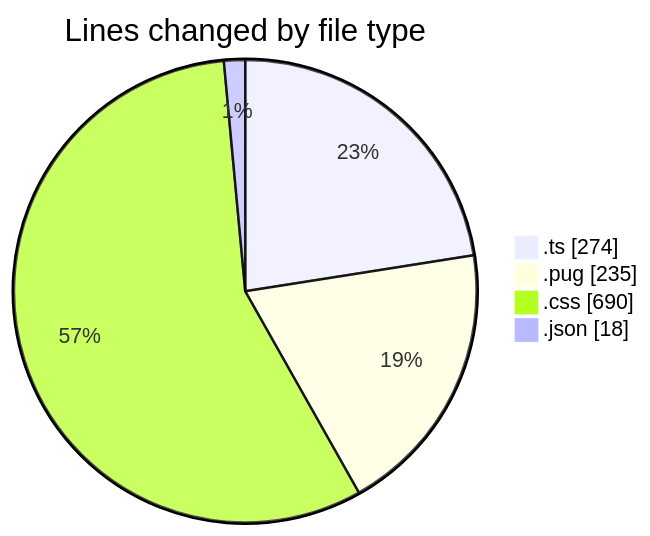
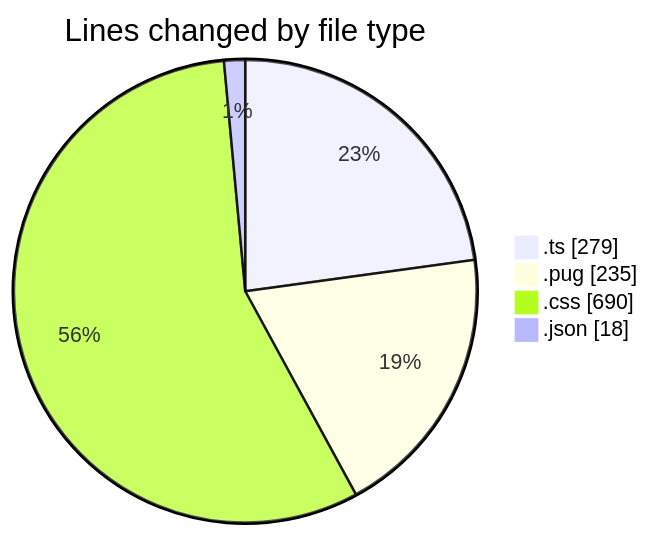
One commit to momahboobian/code-tracking changed the first of 2 diagrams in 2025-10-31/cda/README.md. Above: the diagram before and after it, drawn with Mermaid. The commit also changed other lines of this file and 1 other file, not shown here.

````diff
--- a/2025-10-31/cda/README.md
+++ b/2025-10-31/cda/README.md
@@ -27,8 +27,8 @@
 ```mermaid
 pie showData
 title Lines changed by file type
-".ts" : 274
+".ts" : 279
 ".pug" : 235
 ".css" : 690
 ".json" : 18
 ```
````
